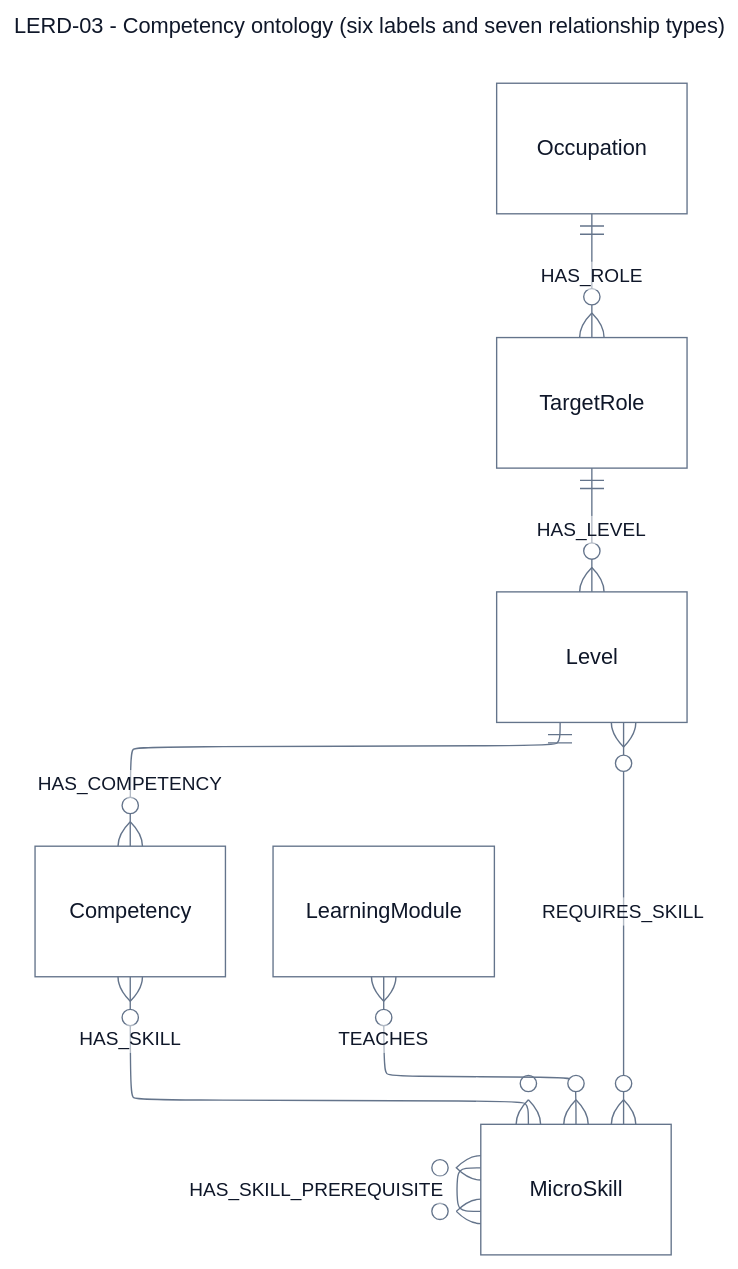
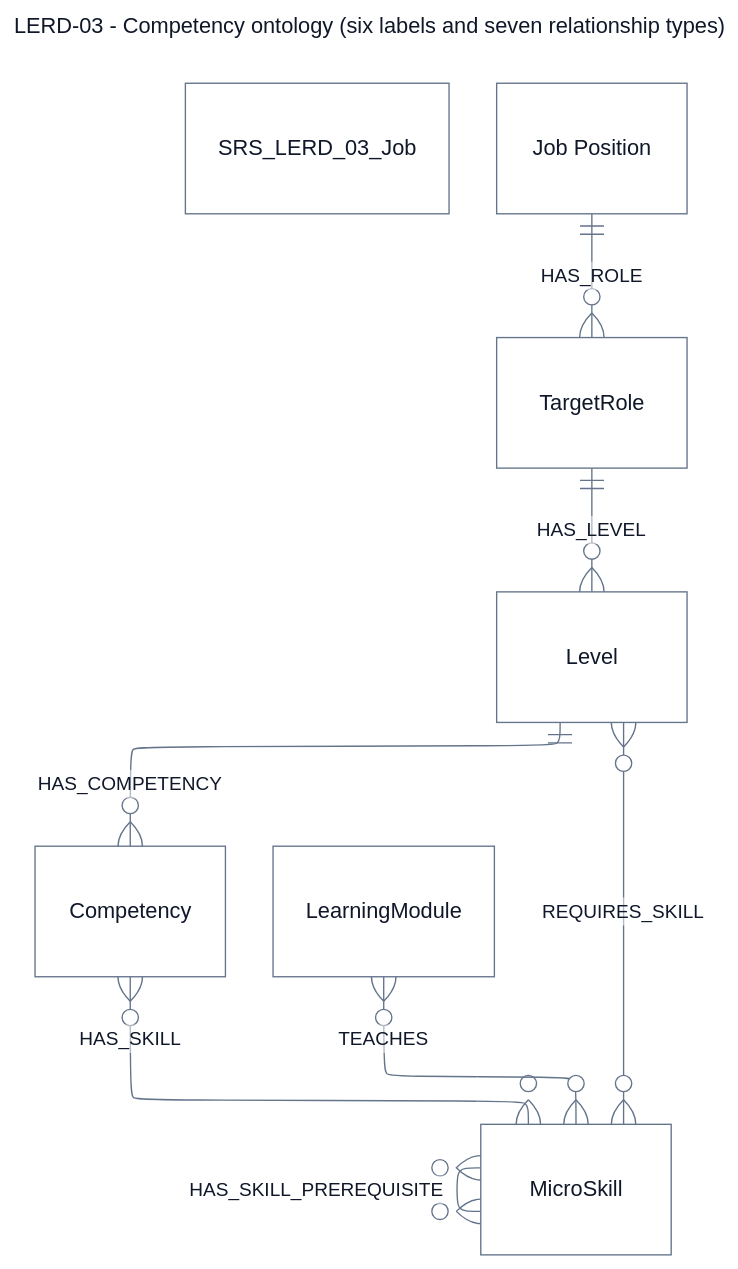
The diagram in documents/diagrams/mermaid/lerd-03.mmd (SEP490-Fall-2026-GFA26SE64/SEP490), drawn with Mermaid before and after one commit. The commit also changed 760 other files, not shown here.

Commit message:
feat: implement department & job position governance, user assignment, and ontology graph styling

```diff
--- a/documents/diagrams/mermaid/lerd-03.mmd
+++ b/documents/diagrams/mermaid/lerd-03.mmd
@@ -1,18 +1,18 @@
 ---
 title: "LERD-03 - Competency ontology (six labels and seven relationship types)"
 config: {"theme":"base","fontFamily":"Segoe UI, Arial, sans-serif","themeVariables":{"fontFamily":"Segoe UI, Arial, sans-serif","fontSize":"16px","primaryColor":"#ffffff","primaryTextColor":"#0f1729","primaryBorderColor":"#64748b","secondaryColor":"#fef3eb","tertiaryColor":"#ffffff","lineColor":"#64748b","textColor":"#0f1729","mainBkg":"#ffffff","background":"#ffffff","clusterBkg":"#ffffff","clusterBorder":"#64748b","edgeLabelBackground":"#ffffff","titleColor":"#0f1729","noteBkgColor":"#fef3eb","noteTextColor":"#0f1729","noteBorderColor":"#e6650f","attributeBackgroundColorOdd":"#ffffff","attributeBackgroundColorEven":"#ffffff","secondaryBorderColor":"#64748b","tertiaryBorderColor":"#64748b","secondaryTextColor":"#0f1729","tertiaryTextColor":"#0f1729"},"layout":"elk","er":{"layoutDirection":"LR","nodeSpacing":36,"rankSpacing":74,"entityPadding":16,"fontSize":16,"minEntityWidth":140,"diagramPadding":24}}
 ---
 erDiagram
-  SRS_LERD_03_Occupation["Occupation"]
+  SRS_LERD_03_Job Position["Job Position"]
   SRS_LERD_03_TargetRole["TargetRole"]
   SRS_LERD_03_Level["Level"]
   SRS_LERD_03_Competency["Competency"]
   SRS_LERD_03_MicroSkill["MicroSkill"]
   SRS_LERD_03_LearningModule["LearningModule"]
-  SRS_LERD_03_Occupation ||--o{ SRS_LERD_03_TargetRole : "HAS_ROLE"
+  SRS_LERD_03_Job Position ||--o{ SRS_LERD_03_TargetRole : "HAS_ROLE"
   SRS_LERD_03_TargetRole ||--o{ SRS_LERD_03_Level : "HAS_LEVEL"
   SRS_LERD_03_Level ||--o{ SRS_LERD_03_Competency : "HAS_COMPETENCY"
   SRS_LERD_03_Competency }o--o{ SRS_LERD_03_MicroSkill : "HAS_SKILL"
   SRS_LERD_03_Level }o--o{ SRS_LERD_03_MicroSkill : "REQUIRES_SKILL"
   SRS_LERD_03_LearningModule }o--o{ SRS_LERD_03_MicroSkill : "TEACHES"
   SRS_LERD_03_MicroSkill }o--o{ SRS_LERD_03_MicroSkill : "HAS_SKILL_PREREQUISITE"
```
